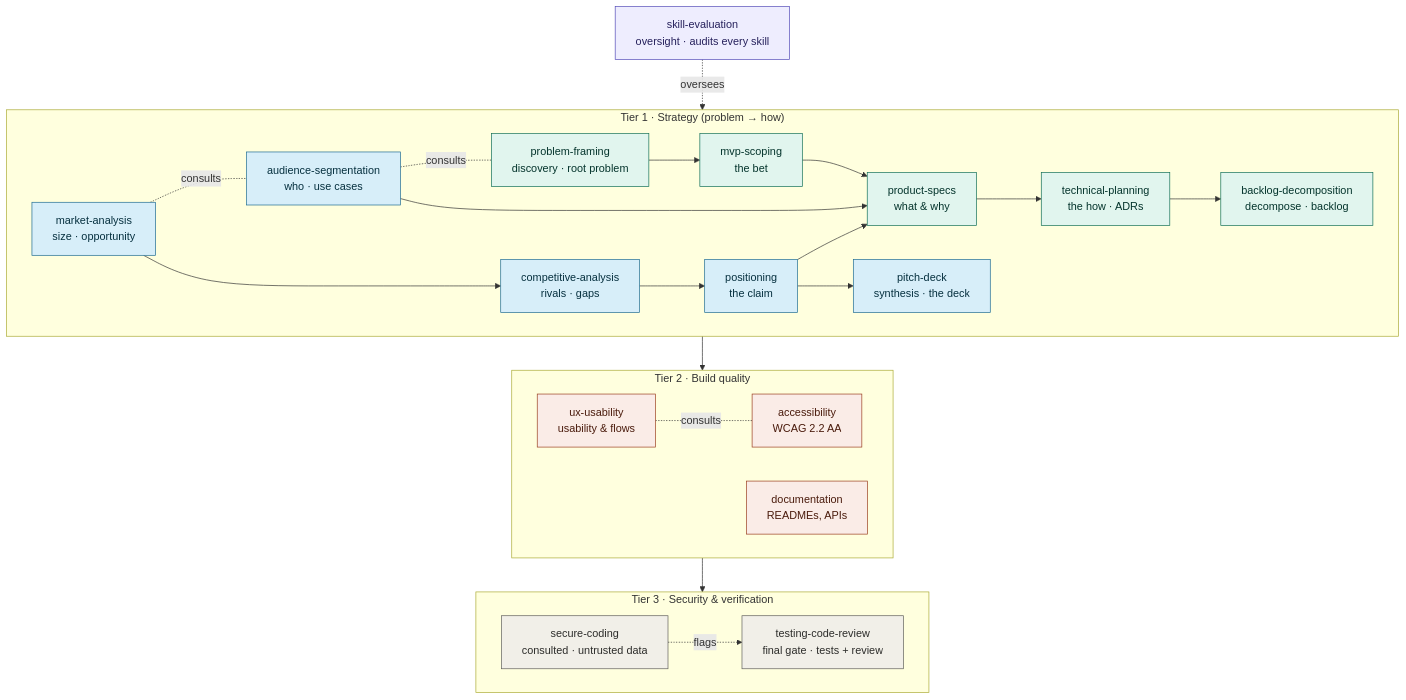
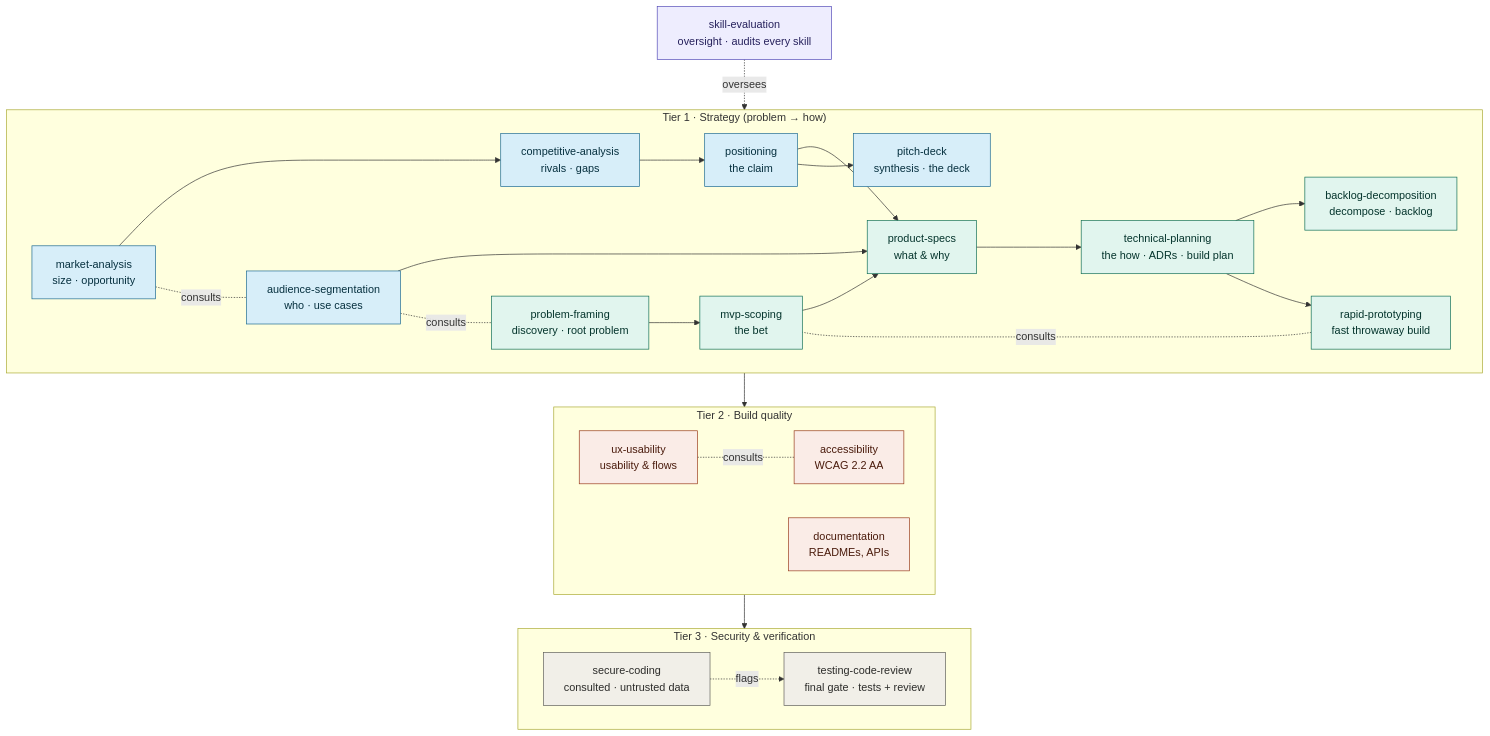
Before and after one commit to ValeriyaMetla/AI-Development-Residency: the diagram in docs/SKILLS-LIBRARY.md, drawn with Mermaid. The commit also changed other lines of this file, not shown here.

````diff
--- a/docs/SKILLS-LIBRARY.md
+++ b/docs/SKILLS-LIBRARY.md
@@ -115,40 +115,42 @@
 ```mermaid
 flowchart TD
     SE["skill-evaluation<br/>oversight · audits every skill"]
 
     subgraph S["Tier 1 · Strategy (problem → how)"]
       direction LR
-      PF["problem-framing<br/>discovery · root problem"] --> MVP["mvp-scoping<br/>the bet"] --> PS["product-specs<br/>what & why"] --> TP["technical-planning<br/>the how · ADRs"] --> BD["backlog-decomposition<br/>decompose · backlog"]
+      PF["problem-framing<br/>discovery · root problem"] --> MVP["mvp-scoping<br/>the bet"] --> PS["product-specs<br/>what & why"] --> TP["technical-planning<br/>the how · ADRs · build plan"] --> BD["backlog-decomposition<br/>decompose · backlog"]
+      TP --> RP["rapid-prototyping<br/>fast throwaway build"]
+      RP -. consults .- MVP
       AS["audience-segmentation<br/>who · use cases"] --> PS
       MA["market-analysis<br/>size · opportunity"] --> CA["competitive-analysis<br/>rivals · gaps"] --> POS["positioning<br/>the claim"] --> PS
       POS --> PD["pitch-deck<br/>synthesis · the deck"]
       AS -. consults .- PF
       MA -. consults .- AS
     end
 
     subgraph B["Tier 2 · Build quality"]
       direction LR
       UX["ux-usability<br/>usability & flows"] -. consults .- A["accessibility<br/>WCAG 2.2 AA"]
       D["documentation<br/>READMEs, APIs"]
     end
 
     subgraph G["Tier 3 · Security & verification"]
       direction LR
       SEC["secure-coding<br/>consulted · untrusted data"] -. flags .-> TCR["testing-code-review<br/>final gate · tests + review"]
     end
 
     SE -. oversees .-> S
     BD --> B
     B --> G
 
     classDef strat fill:#E1F5EE,stroke:#0F6E56,color:#04342C;
     classDef disc fill:#D7EEF9,stroke:#1C6A91,color:#06303F;
     classDef build fill:#FAECE7,stroke:#993C1D,color:#4A1B0C;
     classDef gate fill:#F1EFE8,stroke:#5F5E5A,color:#2C2C2A;
     classDef over fill:#EEEDFE,stroke:#534AB7,color:#26215C;
-    class PF,MVP,PS,TP,BD strat;
+    class PF,MVP,PS,TP,BD,RP strat;
     class AS,MA,CA,POS,PD disc;
     class UX,A,D build;
     class SEC,TCR gate;
     class SE over;
 ```
````
